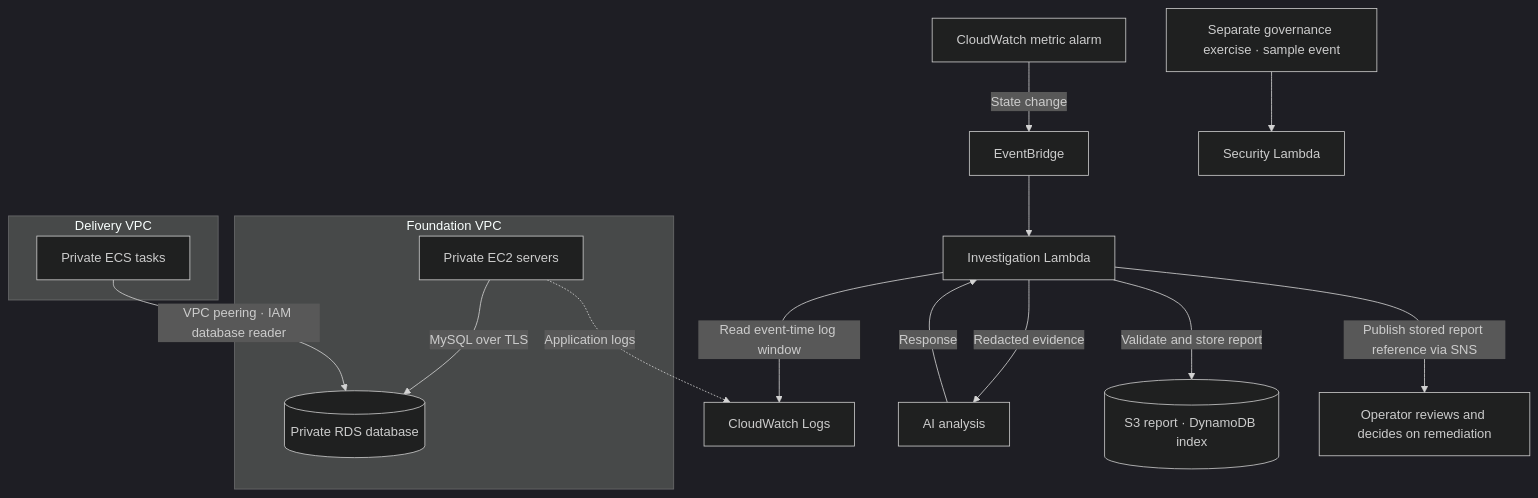
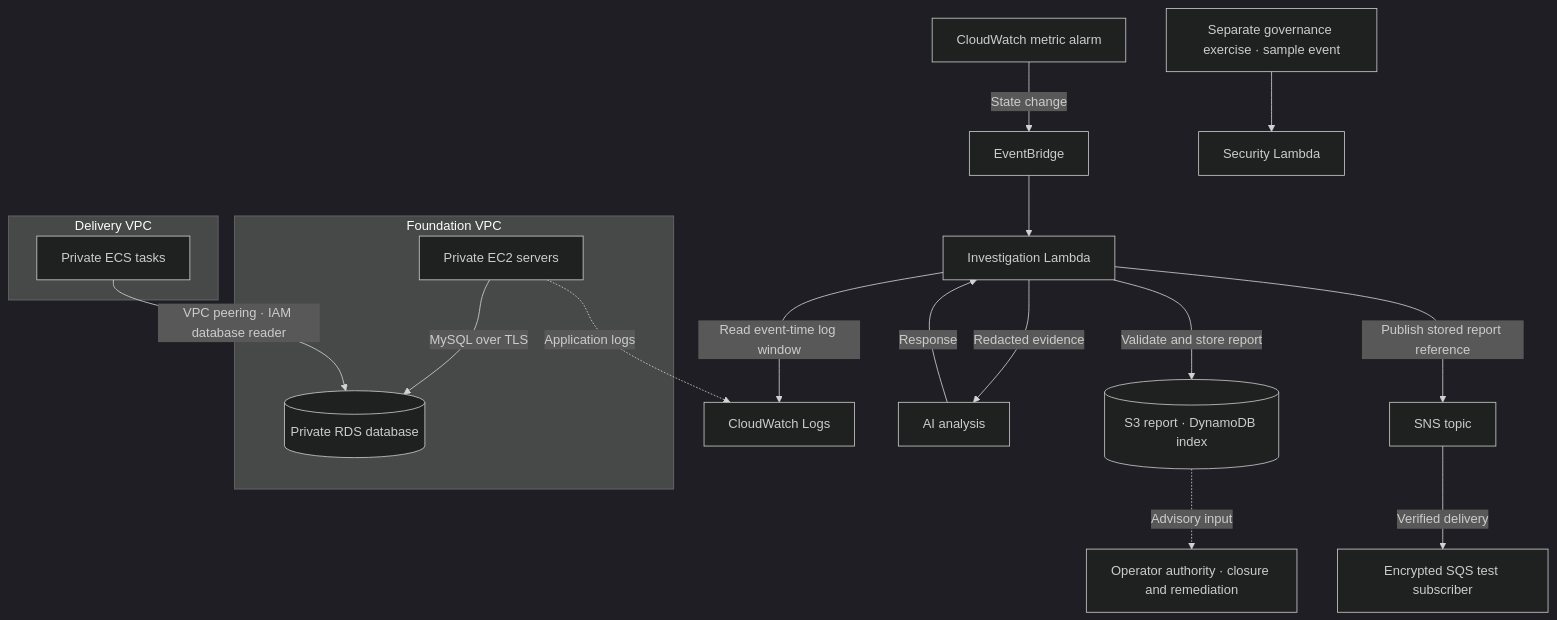
The diagram in README.md (JNHolman/RSVP-Cloud-Platform), drawn with Mermaid (dark theme) before and after one commit. The commit also changed other lines of this file, not shown here.

Commit message:
Distinguish verified queue delivery from operator authority

````diff
--- a/README.md
+++ b/README.md
@@ -17,19 +17,21 @@
 ```mermaid
 flowchart TB
   subgraph foundation["Foundation VPC"]
     vm["Private EC2 servers"] -->|MySQL over TLS| db[("Private RDS database")]
   end
   subgraph delivery["Delivery VPC"]
     tasks["Private ECS tasks"]
   end
   tasks -->|VPC peering · IAM database reader| db
   metric["CloudWatch metric alarm"] -->|State change| events["EventBridge"]
   events --> analyst["Investigation Lambda"]
   vm -. Application logs .-> logs["CloudWatch Logs"]
   analyst -->|Read event-time log window| logs
   analyst -->|Redacted evidence| ai["AI analysis"]
   ai -->|Response| analyst
   analyst -->|Validate and store report| report[("S3 report · DynamoDB index")]
-  analyst -->|Publish stored report reference via SNS| operator["Operator reviews and decides on remediation"]
+  analyst -->|Publish stored report reference| sns["SNS topic"]
+  sns -->|Verified delivery| queue["Encrypted SQS test subscriber"]
+  report -. Advisory input .-> operator["Operator authority · closure and remediation"]
   sec["Separate governance exercise · sample event"] --> triage["Security Lambda"]
 ```
````
